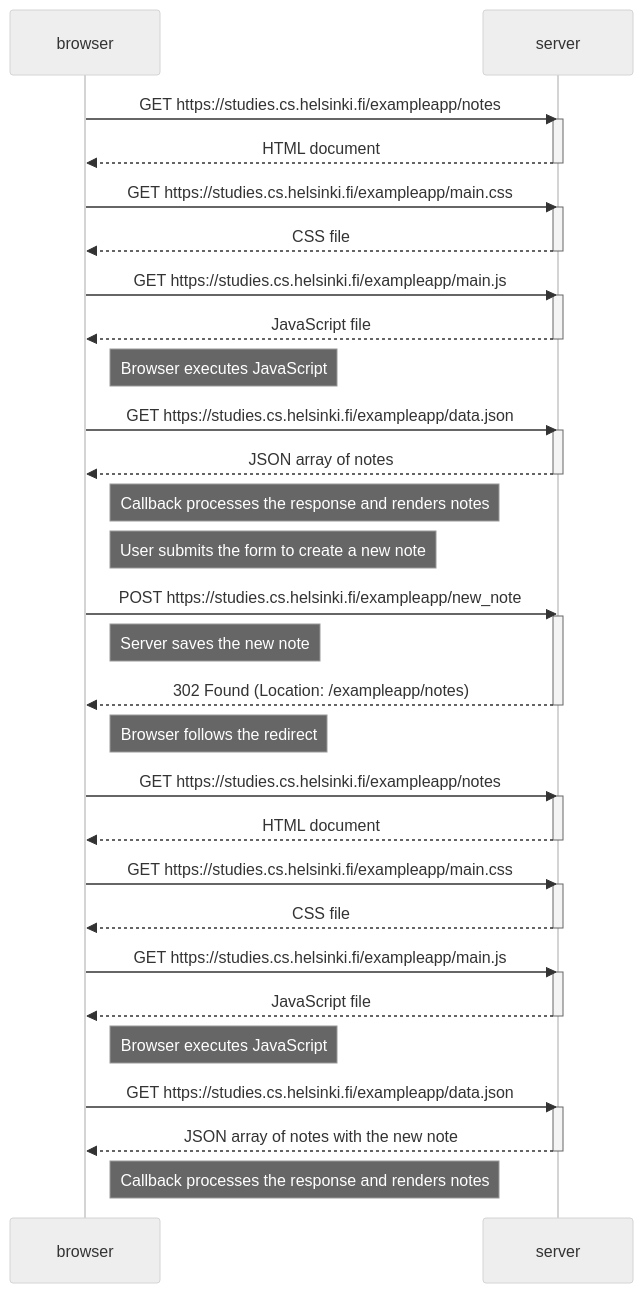
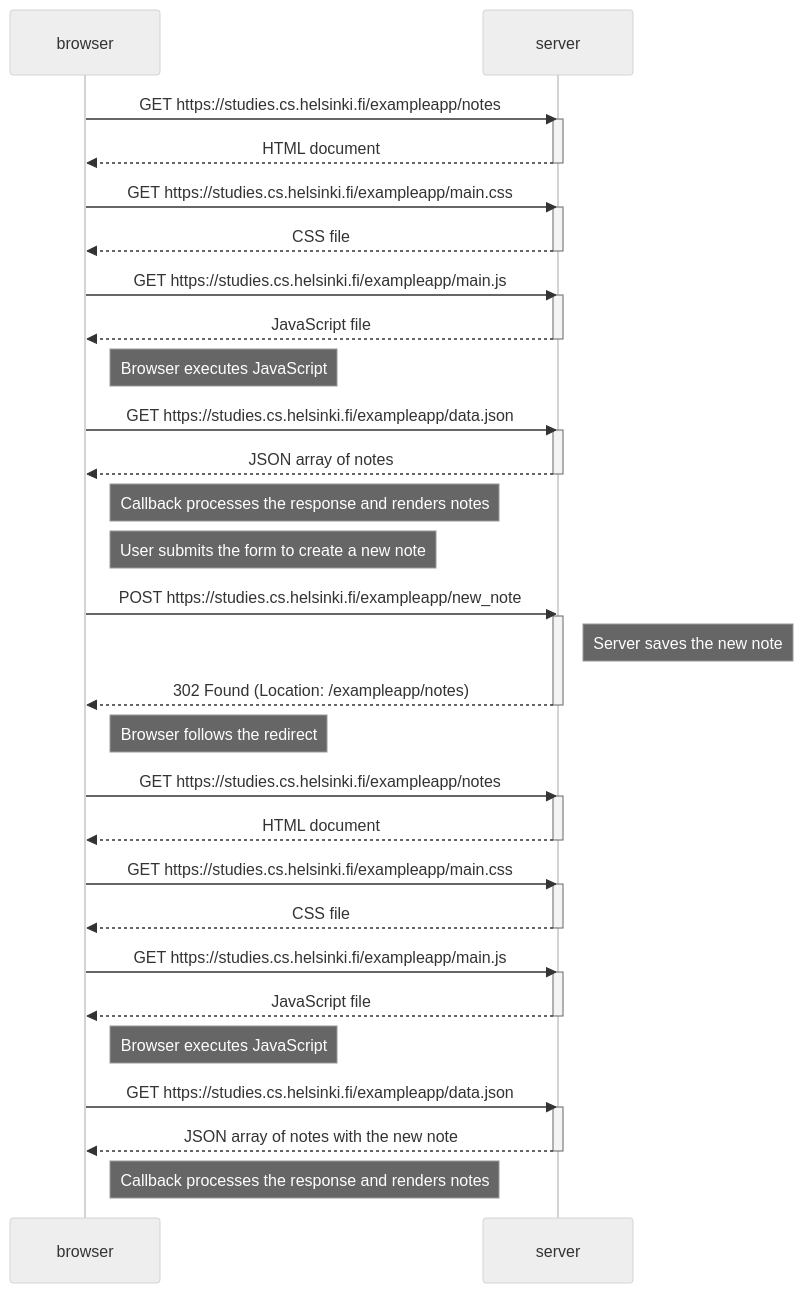
The diagram in part 0/0.4.mmd (jonpariente/fullstackopen), drawn with Mermaid (neutral theme) before and after one commit.

Commit message:
Correct a note for exercise 0.4

```diff
--- a/part 0/0.4.mmd
+++ b/part 0/0.4.mmd
@@ -1,60 +1,60 @@
 sequenceDiagram
 participant browser
 participant server
 
 browser->>server: GET https://studies.cs.helsinki.fi/exampleapp/notes
 activate server
 server-->>browser: HTML document
 deactivate server
 
 browser->>server: GET https://studies.cs.helsinki.fi/exampleapp/main.css
 activate server
 server-->>browser: CSS file
 deactivate server
 
 browser->>server: GET https://studies.cs.helsinki.fi/exampleapp/main.js
 activate server
 server-->>browser: JavaScript file
 deactivate server
 
 Note right of browser: Browser executes JavaScript
 
 browser->>server: GET https://studies.cs.helsinki.fi/exampleapp/data.json
 activate server
 server-->>browser: JSON array of notes
 deactivate server
 
 Note right of browser: Callback processes the response and renders notes
 Note right of browser: User submits the form to create a new note
 
 browser->>server: POST https://studies.cs.helsinki.fi/exampleapp/new_note
 activate server
-Note right of browser: Server saves the new note
+Note right of server: Server saves the new note
 server-->>browser: 302 Found (Location: /exampleapp/notes)
 deactivate server
 
 Note right of browser: Browser follows the redirect
 
 browser->>server: GET https://studies.cs.helsinki.fi/exampleapp/notes
 activate server
 server-->>browser: HTML document
 deactivate server
 
 browser->>server: GET https://studies.cs.helsinki.fi/exampleapp/main.css
 activate server
 server-->>browser: CSS file
 deactivate server
 
 browser->>server: GET https://studies.cs.helsinki.fi/exampleapp/main.js
 activate server
 server-->>browser: JavaScript file
 deactivate server
 
 Note right of browser: Browser executes JavaScript
 
 browser->>server: GET https://studies.cs.helsinki.fi/exampleapp/data.json
 activate server
 server-->>browser: JSON array of notes with the new note
 deactivate server
 
 Note right of browser: Callback processes the response and renders notes
```
